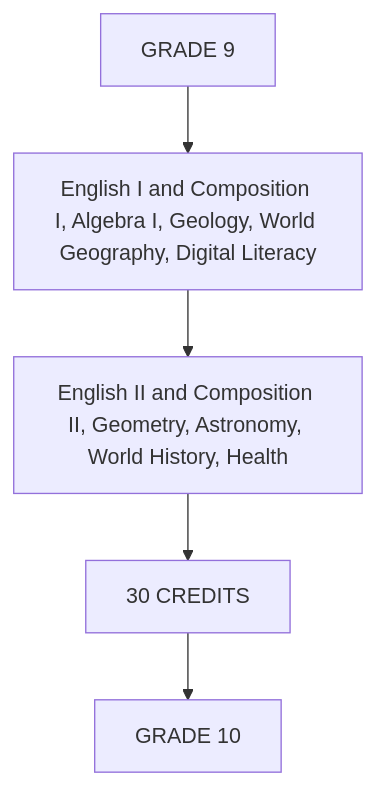
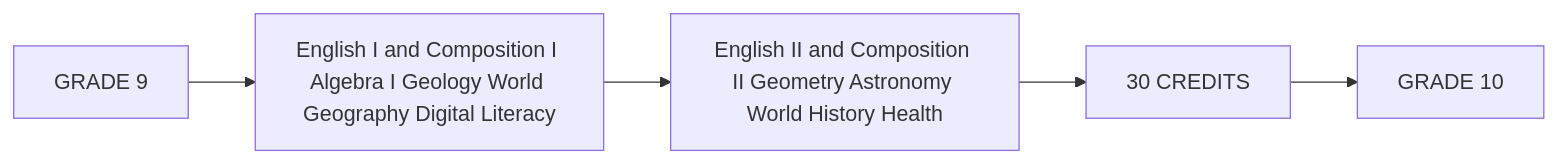
One commit to RIAHPathway/Website-Draft changed the fourth of 29 diagrams in RIAH-PATHWAY-CURRICULUM-STRUCTURE/RIAH-PATHWAY-HIGH-SCHOOL-STRUCTURE/HIGH-SCHOOL-STRUCTURE.md. Above: the diagram before and after it, drawn with Mermaid. The commit also changed other lines of this file, not shown here.

Commit message:
Match High School Mermaid diagrams to repository working syntax

````diff
--- a/RIAH-PATHWAY-CURRICULUM-STRUCTURE/RIAH-PATHWAY-HIGH-SCHOOL-STRUCTURE/HIGH-SCHOOL-STRUCTURE.md
+++ b/RIAH-PATHWAY-CURRICULUM-STRUCTURE/RIAH-PATHWAY-HIGH-SCHOOL-STRUCTURE/HIGH-SCHOOL-STRUCTURE.md
@@ -361,7 +361,7 @@
 ```mermaid
-graph TD;
-    N0["GRADE 9"] --> N1["English I and Composition I, Algebra I, Geology, World Geography, Digital Literacy"];
-    N1["English I and Composition I, Algebra I, Geology, World Geography, Digital Literacy"] --> N2["English II and Composition II, Geometry, Astronomy, World History, Health"];
-    N2["English II and Composition II, Geometry, Astronomy, World History, Health"] --> N3["30 CREDITS"];
-    N3["30 CREDITS"] --> N4["GRADE 10"];
+graph LR
+    N0["GRADE 9"] --> N1["English I and Composition I Algebra I Geology World Geography Digital Literacy"]
+    N1["English I and Composition I Algebra I Geology World Geography Digital Literacy"] --> N2["English II and Composition II Geometry Astronomy World History Health"]
+    N2["English II and Composition II Geometry Astronomy World History Health"] --> N3["30 CREDITS"]
+    N3["30 CREDITS"] --> N4["GRADE 10"]
 ```
````
